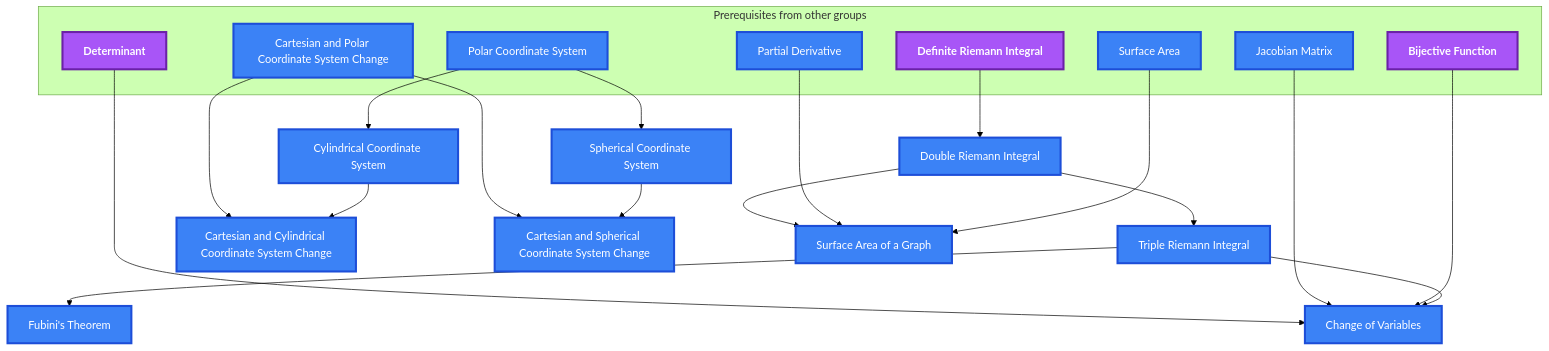
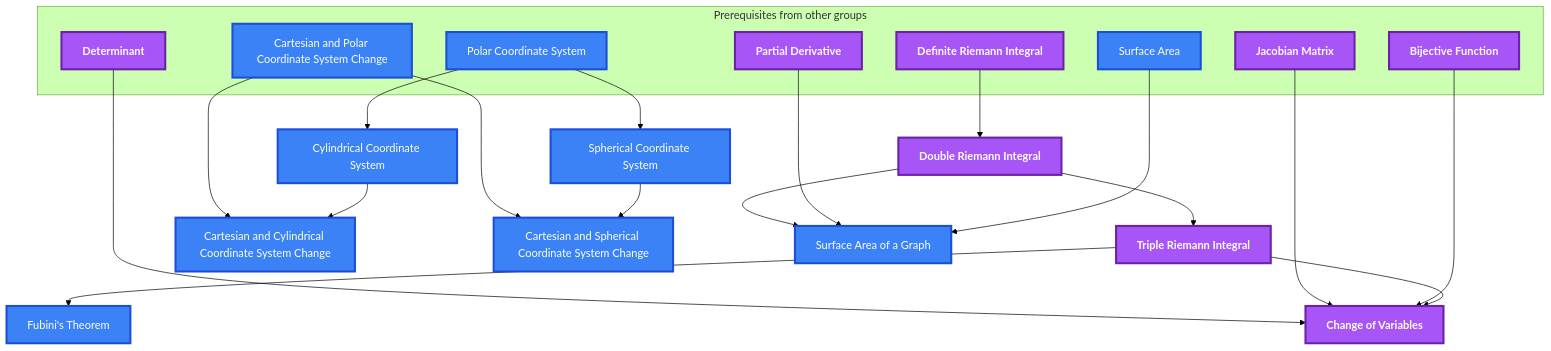
One commit to MRauf1/My-Notes changed diagram 11 of 13 in Gamification/Skill Trees/Calculus.md. Above: the diagram before and after it, drawn with Mermaid (forest theme). The commit also changed other lines of this file and 73 other files, not shown here.

````diff
--- a/Gamification/Skill Trees/Calculus.md
+++ b/Gamification/Skill Trees/Calculus.md
@@ -896,50 +896,50 @@
 ```mermaid
 flowchart TD
     classDef planned fill:#1E293B,stroke:#64748B,stroke-width:2px,stroke-dasharray:5 5,color:#94A3B8;
     classDef locked fill:#334155,stroke:#475569,stroke-width:2px,color:#94A3B8;
     classDef L0 fill:#F1F5F9,stroke:#94A3B8,stroke-width:2px,color:#000000;
     classDef L1 fill:#22C55E,stroke:#15803D,stroke-width:2px,color:#000000;
     classDef L2 fill:#3B82F6,stroke:#1D4ED8,stroke-width:3px,color:#FFFFFF;
     classDef L3 fill:#A855F7,stroke:#6B21A8,stroke-width:3px,color:#FFFFFF,font-weight:bold;
     classDef L4 fill:#F97316,stroke:#C2410C,stroke-width:4px,color:#000000,font-weight:bold;
     classDef L5 fill:#FFD700,stroke:#FF8C00,stroke-width:5px,color:#000000,font-weight:bold;
     classDef rusty stroke:#8B4513,stroke-width:4px,stroke-dasharray:3 3;
     subgraph sg_prereqs["Prerequisites from other groups"]
         n_definite_riemann_integral["Definite Riemann Integral"]
         n_cartesian_and_polar_coordinate_system_change["Cartesian and Polar Coordinate System Change"]
         n_polar_coordinate_system["Polar Coordinate System"]
         n_determinant["Determinant"]
         n_jacobian_matrix["Jacobian Matrix"]
         n_bijective_function["Bijective Function"]
         n_partial_derivative["Partial Derivative"]
         n_surface_area["Surface Area"]
     end
     n_double_riemann_integral["Double Riemann Integral"]
     n_fubini_s_theorem["Fubini's Theorem"]
     n_triple_riemann_integral["Triple Riemann Integral"]
     n_cartesian_and_cylindrical_coordinate_system_change["Cartesian and Cylindrical Coordinate System Change"]
     n_cylindrical_coordinate_system["Cylindrical Coordinate System"]
     n_cartesian_and_spherical_coordinate_system_change["Cartesian and Spherical Coordinate System Change"]
     n_spherical_coordinate_system["Spherical Coordinate System"]
     n_change_of_variables["Change of Variables"]
     n_surface_area_of_a_graph["Surface Area of a Graph"]
     n_definite_riemann_integral --> n_double_riemann_integral
     n_triple_riemann_integral --> n_fubini_s_theorem
     n_double_riemann_integral --> n_triple_riemann_integral
     n_cartesian_and_polar_coordinate_system_change --> n_cartesian_and_cylindrical_coordinate_system_change
     n_cylindrical_coordinate_system --> n_cartesian_and_cylindrical_coordinate_system_change
     n_polar_coordinate_system --> n_cylindrical_coordinate_system
     n_cartesian_and_polar_coordinate_system_change --> n_cartesian_and_spherical_coordinate_system_change
     n_spherical_coordinate_system --> n_cartesian_and_spherical_coordinate_system_change
     n_polar_coordinate_system --> n_spherical_coordinate_system
     n_determinant --> n_change_of_variables
     n_jacobian_matrix --> n_change_of_variables
     n_bijective_function --> n_change_of_variables
     n_triple_riemann_integral --> n_change_of_variables
     n_double_riemann_integral --> n_surface_area_of_a_graph
     n_partial_derivative --> n_surface_area_of_a_graph
     n_surface_area --> n_surface_area_of_a_graph
-    class n_cartesian_and_polar_coordinate_system_change,n_polar_coordinate_system,n_jacobian_matrix,n_partial_derivative,n_surface_area,n_double_riemann_integral,n_fubini_s_theorem,n_triple_riemann_integral,n_cartesian_and_cylindrical_coordinate_system_change,n_cylindrical_coordinate_system,n_cartesian_and_spherical_coordinate_system_change,n_spherical_coordinate_system,n_change_of_variables,n_surface_area_of_a_graph L2;
-    class n_definite_riemann_integral,n_determinant,n_bijective_function L3;
+    class n_cartesian_and_polar_coordinate_system_change,n_polar_coordinate_system,n_surface_area,n_fubini_s_theorem,n_cartesian_and_cylindrical_coordinate_system_change,n_cylindrical_coordinate_system,n_cartesian_and_spherical_coordinate_system_change,n_spherical_coordinate_system,n_surface_area_of_a_graph L2;
+    class n_definite_riemann_integral,n_determinant,n_jacobian_matrix,n_bijective_function,n_partial_derivative,n_double_riemann_integral,n_triple_riemann_integral,n_change_of_variables L3;
     class n_definite_riemann_integral,n_cartesian_and_polar_coordinate_system_change,n_polar_coordinate_system,n_determinant,n_jacobian_matrix,n_bijective_function,n_partial_derivative,n_surface_area,n_double_riemann_integral,n_fubini_s_theorem,n_triple_riemann_integral,n_cartesian_and_cylindrical_coordinate_system_change,n_cylindrical_coordinate_system,n_cartesian_and_spherical_coordinate_system_change,n_spherical_coordinate_system,n_change_of_variables,n_surface_area_of_a_graph internal-link;
 ```
````
